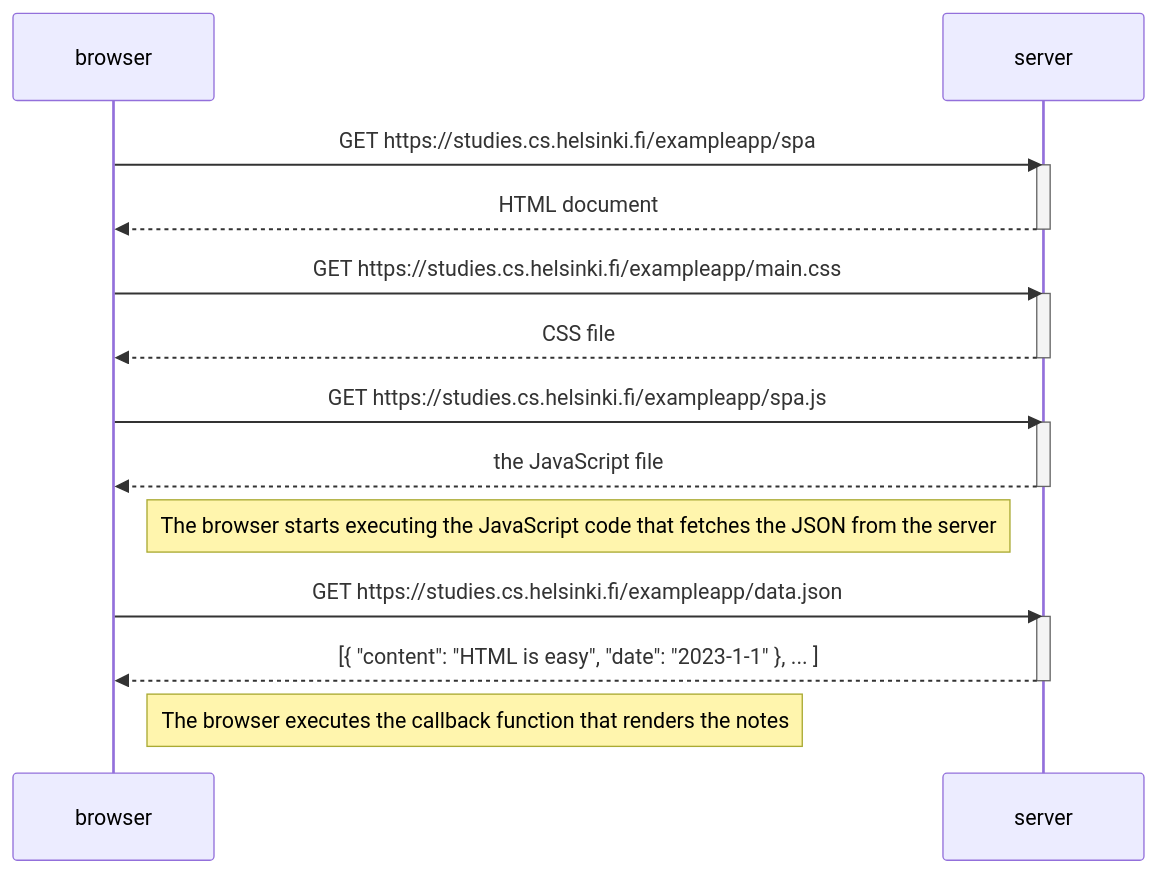
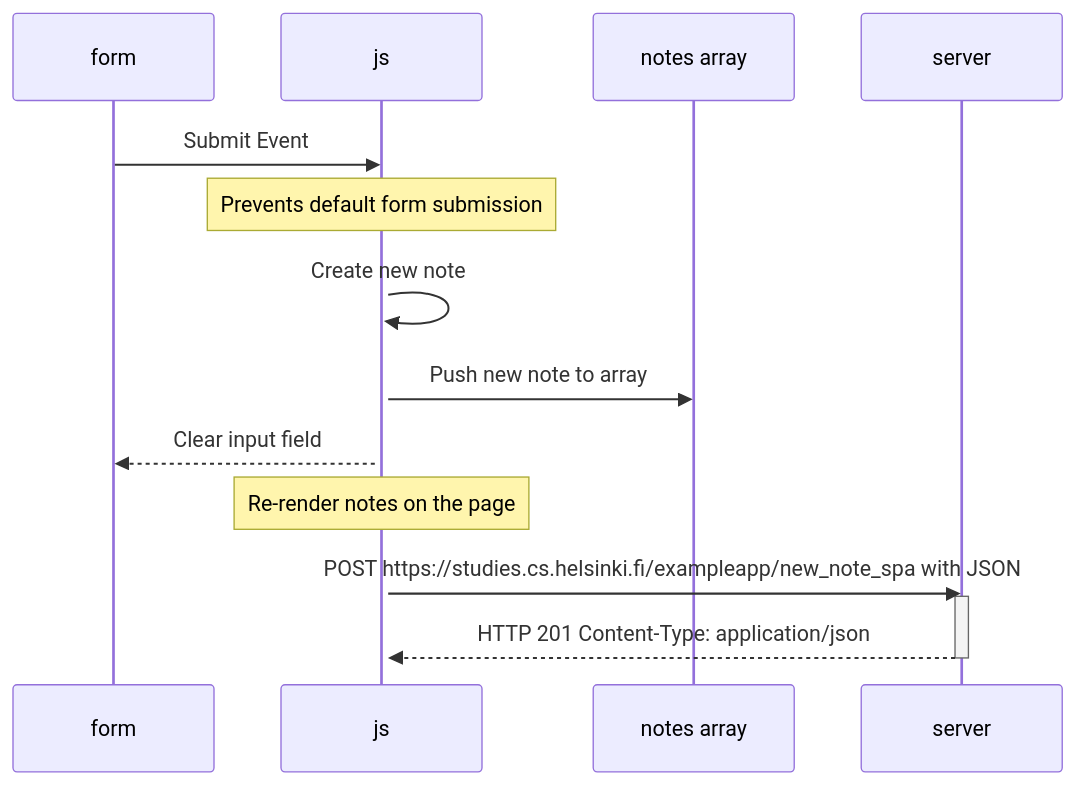
Before and after one commit to min-mpsa/Full-Stack-Open: the diagram in part0/0.6-diagram.md, drawn with Mermaid.

Commit message:
Finished 0.6-diagram.md

````diff
--- a/part0/0.6-diagram.md
+++ b/part0/0.6-diagram.md
@@ -1,31 +1,22 @@
 ```mermaid
 
 sequenceDiagram
-    participant browser
+    participant form
+    participant js
+    participant notes array
     participant server
+
+    form->>js: Submit Event
+    activate js
+    Note over js: Prevents default form submission
+    js->>js: Create new note
+    js->>notes array: Push new note to array
+    js-->>form: Clear input field
+    Note over js: Re-render notes on the page
     
-    browser->>server: GET https://studies.cs.helsinki.fi/exampleapp/spa
+    js->>server: POST https://studies.cs.helsinki.fi/exampleapp/new_note_spa with JSON
     activate server
-    server-->>browser: HTML document
+    server-->>js: HTTP 201 Content-Type: application/json
     deactivate server
 
-    browser->>server: GET https://studies.cs.helsinki.fi/exampleapp/main.css
-    activate server
-    server-->>browser: CSS file
-    deactivate server
-
-    browser->>server: GET https://studies.cs.helsinki.fi/exampleapp/spa.js
-    activate server
-    server-->>browser: the JavaScript file
-    deactivate server
-
-    Note right of browser: The browser starts executing the JavaScript code that fetches the JSON from the server
-
-    browser->>server: GET https://studies.cs.helsinki.fi/exampleapp/data.json
-    activate server
-    server-->>browser: [{ "content": "HTML is easy", "date": "2023-1-1" }, ... ]
-    deactivate server
-
-    Note right of browser: The browser executes the callback function that renders the notes
-
 ```
````
